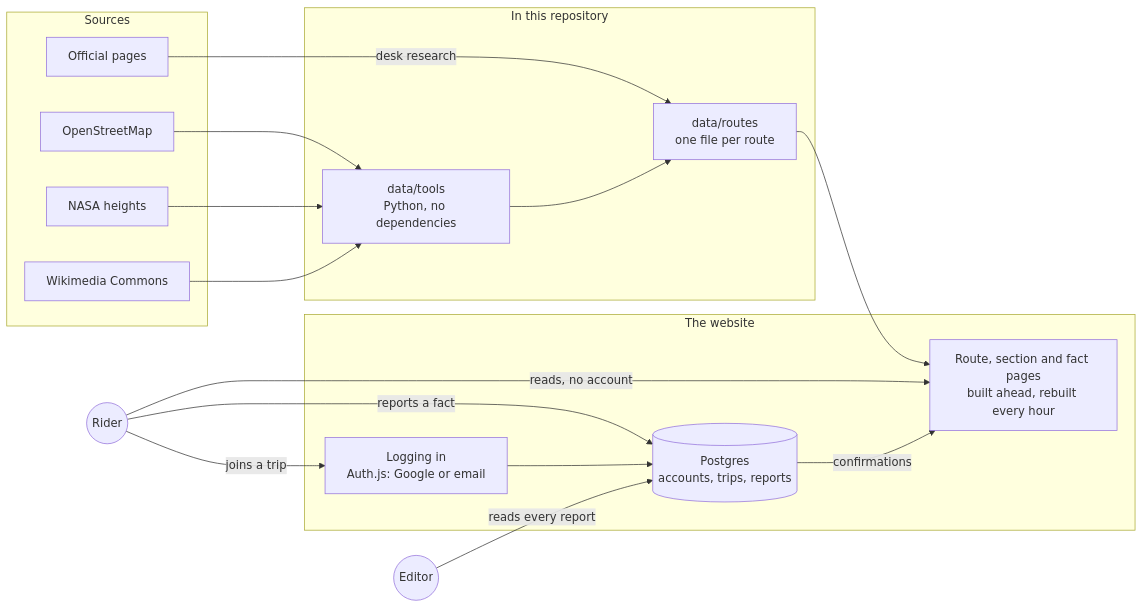
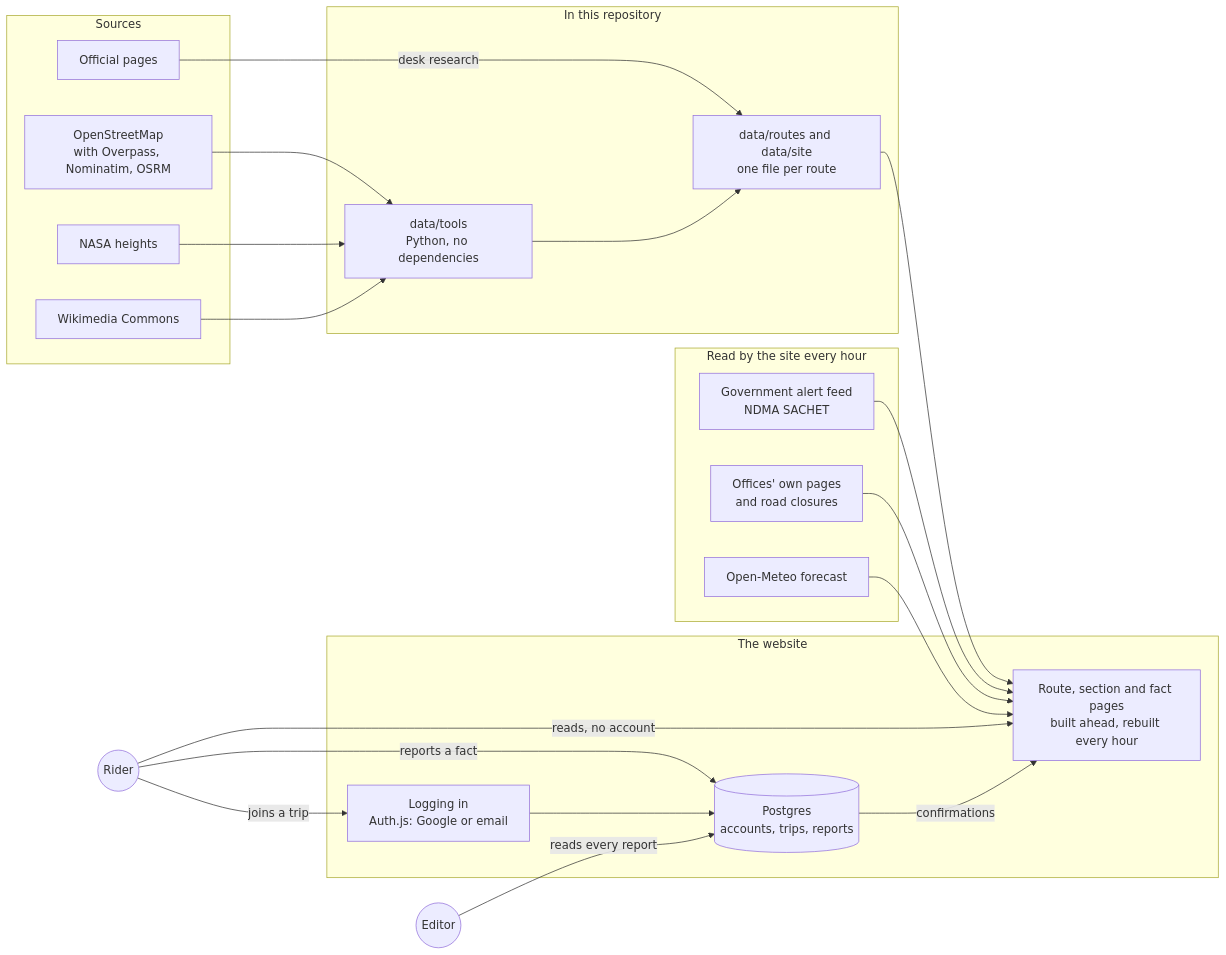
Before and after one commit to vishalmeena2211/meel: the diagram in README.md, drawn with Mermaid. The commit also changed other lines of this file and 7 other files, not shown here.

First line of the commit message:
README for an open-source project: live site, privacy, security, contributing

````diff
--- a/README.md
+++ b/README.md
@@ -81,28 +82,36 @@
 ```mermaid
 flowchart LR
   subgraph sources ["Sources"]
-    OSM["OpenStreetMap"]
+    OSM["OpenStreetMap<br/>with Overpass, Nominatim, OSRM"]
     NASA["NASA heights"]
     WM["Wikimedia Commons"]
     GOV["Official pages"]
   end
   subgraph repo ["In this repository"]
     TOOLS["data/tools<br/>Python, no dependencies"]
-    DATA["data/routes<br/>one file per route"]
+    DATA["data/routes and data/site<br/>one file per route"]
+  end
+  subgraph live ["Read by the site every hour"]
+    ALERTS["Government alert feed<br/>NDMA SACHET"]
+    OFFICES["Offices' own pages<br/>and road closures"]
+    METEO["Open-Meteo forecast"]
   end
   subgraph site ["The website"]
     PAGES["Route, section and fact pages<br/>built ahead, rebuilt every hour"]
     AUTH["Logging in<br/>Auth.js: Google or email"]
     DB[("Postgres<br/>accounts, trips, reports")]
   end
   OSM --> TOOLS
   NASA --> TOOLS
   WM --> TOOLS
   GOV -->|desk research| DATA
   TOOLS --> DATA --> PAGES
+  ALERTS --> PAGES
+  OFFICES --> PAGES
+  METEO --> PAGES
   RIDER(("Rider")) -->|reads, no account| PAGES
   RIDER -->|reports a fact| DB
   RIDER -->|joins a trip| AUTH --> DB
   EDITOR(("Editor")) -->|reads every report| DB
   DB -->|confirmations| PAGES
 ```
````
